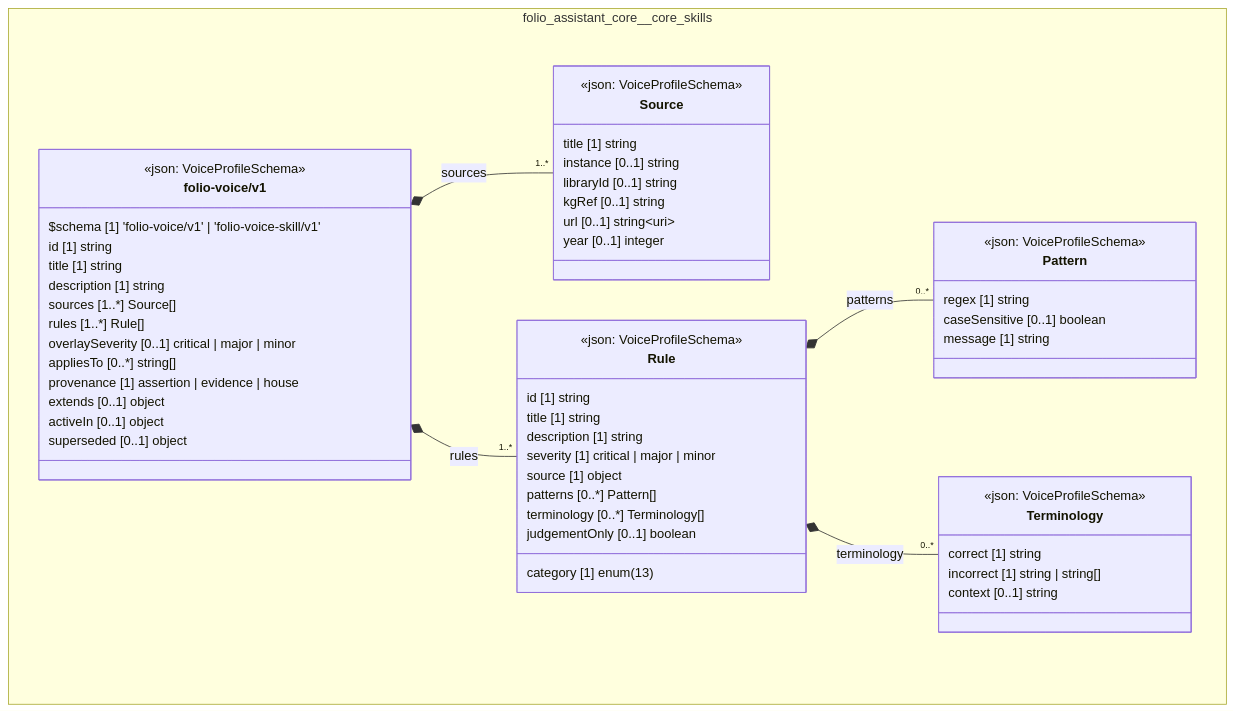
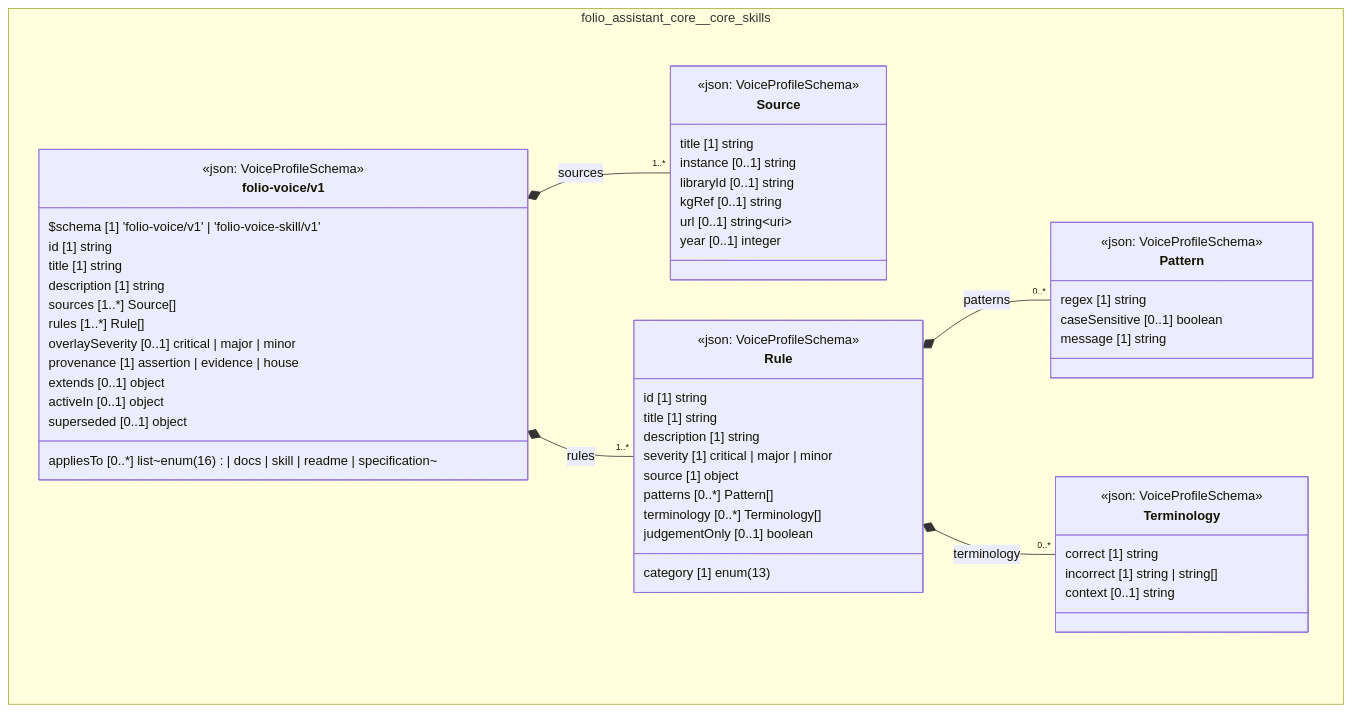
The diagram in cat-harness/docs/uml/overview/folio-assistant-core/core-skills.md (litlfred/folio-assistant), drawn with Mermaid before and after one commit. The commit also changed 88 other files, not shown here.

````diff
--- a/cat-harness/docs/uml/overview/folio-assistant-core/core-skills.md
+++ b/cat-harness/docs/uml/overview/folio-assistant-core/core-skills.md
@@ -42,63 +42,63 @@
 ```mermaid
 classDiagram
   direction TB
   namespace folio_assistant_core__core_skills {
     class folio_assistant_core_core_skills_folio_voice_v1_Source["Source"] {
       <<json: VoiceProfileSchema>>
       title [1] string
       instance [0..1] string
       libraryId [0..1] string
       kgRef [0..1] string
       url [0..1] string~uri~
       year [0..1] integer
     }
     class folio_assistant_core_core_skills_folio_voice_v1_Pattern["Pattern"] {
       <<json: VoiceProfileSchema>>
       regex [1] string
       caseSensitive [0..1] boolean
       message [1] string
     }
     class folio_assistant_core_core_skills_folio_voice_v1_Terminology["Terminology"] {
       <<json: VoiceProfileSchema>>
       correct [1] string
       incorrect [1] string | string[]
       context [0..1] string
     }
     class folio_assistant_core_core_skills_folio_voice_v1_Rule["Rule"] {
       <<json: VoiceProfileSchema>>
       id [1] string
       title [1] string
       description [1] string
       category [1] enum(13)
       severity [1] critical | major | minor
       source [1] object
       patterns [0..*] Pattern[]
       terminology [0..*] Terminology[]
       judgementOnly [0..1] boolean
     }
     class folio_assistant_core_core_skills_folio_voice_v1_folio_voice_v1["folio-voice/v1"] {
       <<json: VoiceProfileSchema>>
       $schema [1] 'folio-voice/v1' | 'folio-voice-skill/v1'
       id [1] string
       title [1] string
       description [1] string
       sources [1..*] Source[]
       rules [1..*] Rule[]
       overlaySeverity [0..1] critical | major | minor
-      appliesTo [0..*] string[]
+      appliesTo [0..*] list~enum(16) | docs | skill | readme | specification~
       provenance [1] assertion | evidence | house
       extends [0..1] object
       activeIn [0..1] object
       superseded [0..1] object
     }
   }
   folio_assistant_core_core_skills_folio_voice_v1_folio_voice_v1 *-- "1..*" folio_assistant_core_core_skills_folio_voice_v1_Source : sources
   folio_assistant_core_core_skills_folio_voice_v1_Rule *-- "0..*" folio_assistant_core_core_skills_folio_voice_v1_Pattern : patterns
   folio_assistant_core_core_skills_folio_voice_v1_Rule *-- "0..*" folio_assistant_core_core_skills_folio_voice_v1_Terminology : terminology
   folio_assistant_core_core_skills_folio_voice_v1_folio_voice_v1 *-- "1..*" folio_assistant_core_core_skills_folio_voice_v1_Rule : rules
   cssClass "folio_assistant_core_core_skills_folio_voice_v1_Source" fa_uml_kind_skills
   cssClass "folio_assistant_core_core_skills_folio_voice_v1_Pattern" fa_uml_kind_skills
   cssClass "folio_assistant_core_core_skills_folio_voice_v1_Terminology" fa_uml_kind_skills
   cssClass "folio_assistant_core_core_skills_folio_voice_v1_Rule" fa_uml_kind_skills
   cssClass "folio_assistant_core_core_skills_folio_voice_v1_folio_voice_v1" fa_uml_kind_skills
 ```
````
